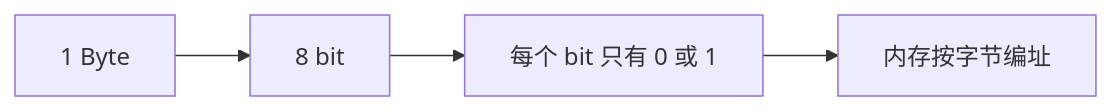
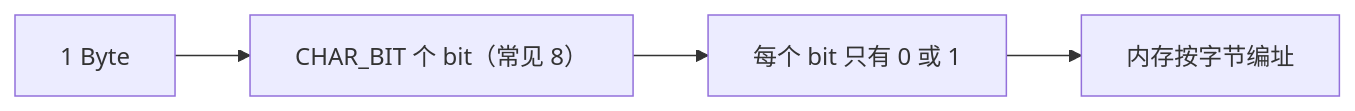
Before and after one commit to shanchuann/TheGitbookLibrary: the diagram in C语言圣经/data-types.md, drawn with Mermaid. The commit also changed other lines of this file and 5 other files, not shown here.

````diff
--- a/C语言圣经/data-types.md
+++ b/C语言圣经/data-types.md
@@ -46,6 +12,6 @@
 ```mermaid
 flowchart LR
-    B[1 Byte] --> C[8 bit]
-    C --> D[每个 bit 只有 0 或 1]
-    D --> E[内存按字节编址]
+    B["1 Byte"] --> C["CHAR_BIT 个 bit（常见 8）"]
+    C --> D["每个 bit 只有 0 或 1"]
+    D --> E["内存按字节编址"]
 ```
````
